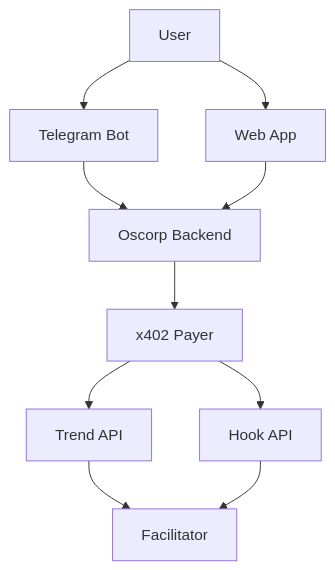
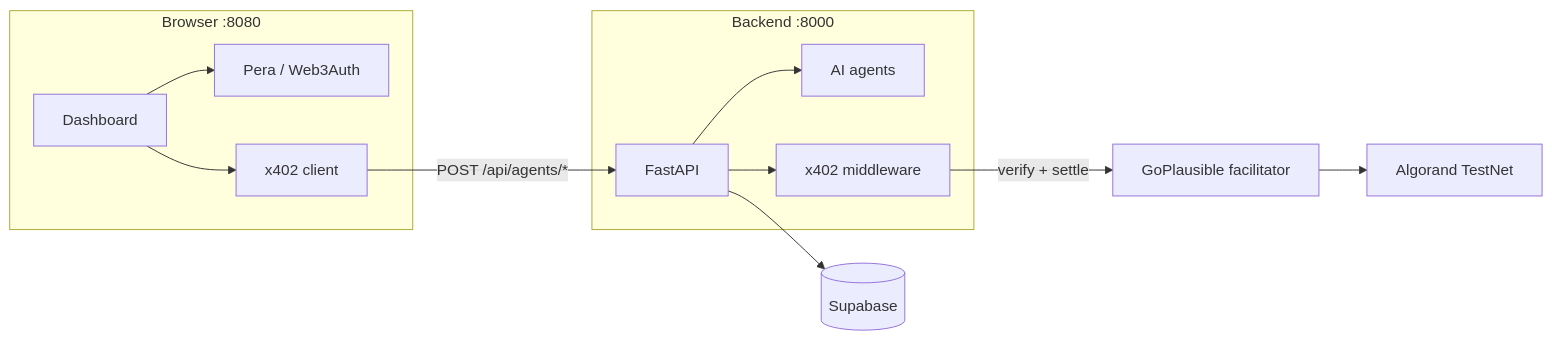
Before and after one commit to Caerlower/Oscorp: the first of 2 diagrams in README.md, drawn with Mermaid. The commit also changed other lines of this file and 4 other files, not shown here.

````diff
--- a/README.md
+++ b/README.md
@@ -41,17 +20,27 @@
 ```mermaid
-flowchart TB
-    U[User]
-    W[Web App]
-    TG[Telegram Bot]
-    B[Oscorp Backend]
-    XP[x402 Payer]
-    P1[Trend API]
-    P2[Hook API]
-    F[Facilitator]
+flowchart LR
+  subgraph browser["Browser :8080"]
+    UI[Dashboard]
+    Wallet[Pera / Web3Auth]
+    X402[x402 client]
+  end
 
-    U --> W & TG
-    TG --> B
-    W --> B
-    B --> XP --> P1 & P2
-    P1 & P2 --> F
+  subgraph api["Backend :8000"]
+    FastAPI[FastAPI]
+    Agents[AI agents]
+    MW[x402 middleware]
+  end
+
+  Fac[GoPlausible facilitator]
+  DB[(Supabase)]
+  Chain[Algorand TestNet]
+
+  UI --> Wallet
+  UI --> X402
+  X402 -->|POST /api/agents/*| FastAPI
+  FastAPI --> MW
+  MW -->|verify + settle| Fac
+  Fac --> Chain
+  FastAPI --> Agents
+  FastAPI --> DB
 ```
````
